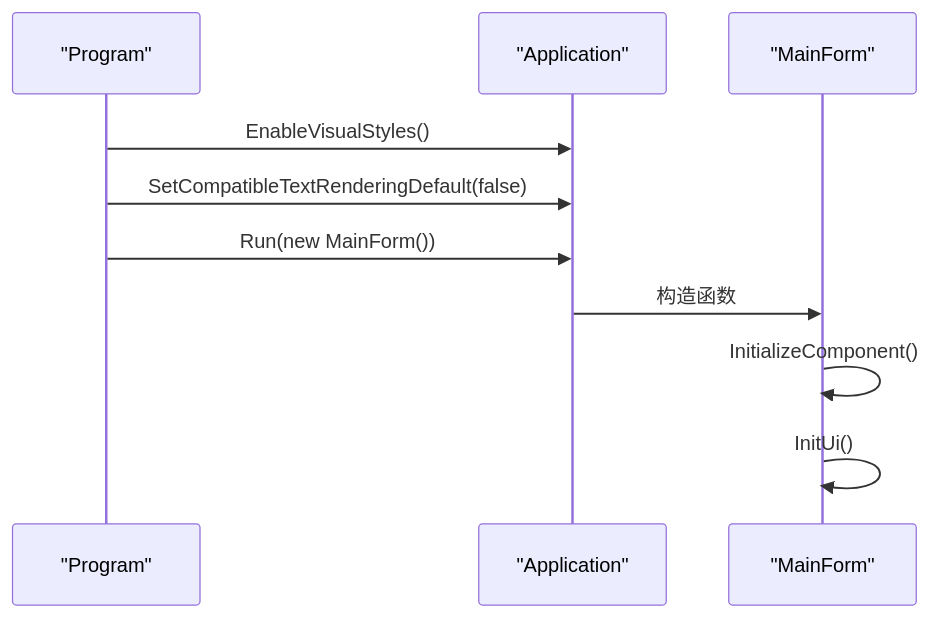
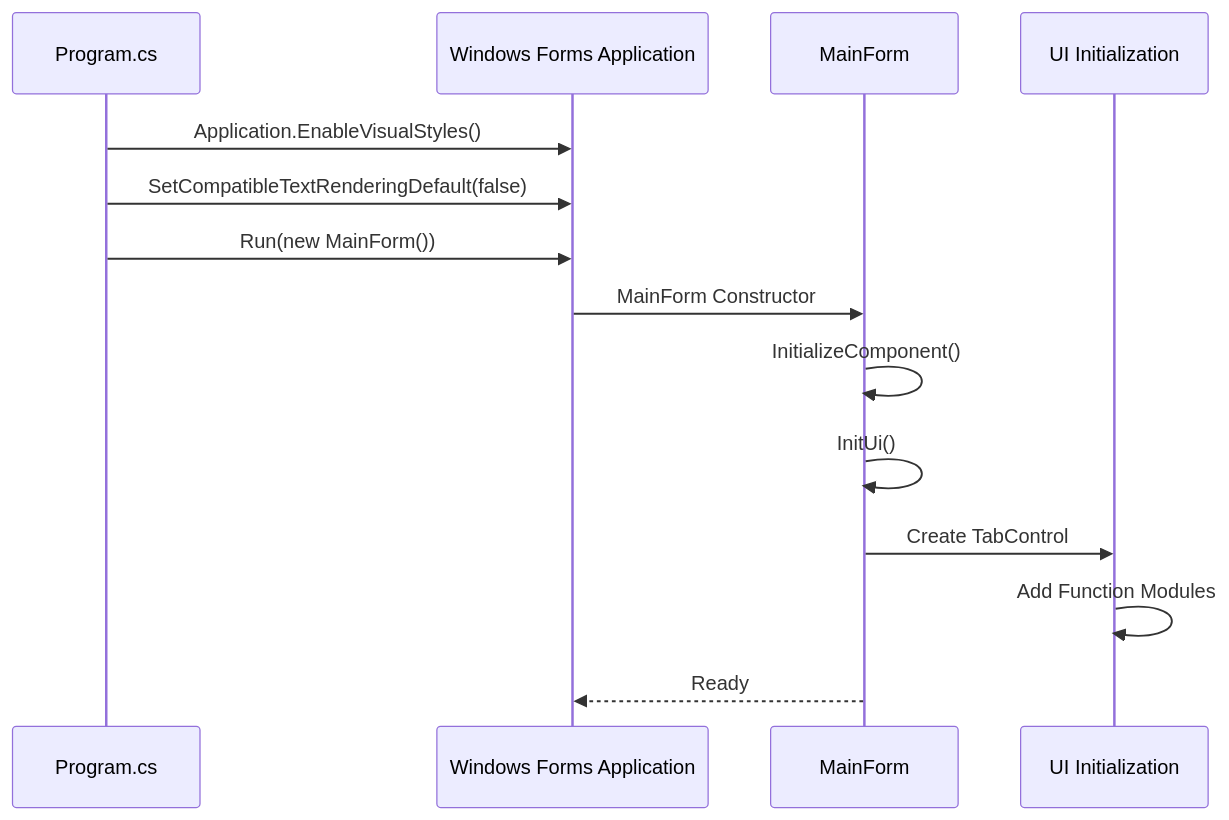
The third of 3 diagrams in .qoder/repowiki/zh/content/项目概述.md (db300/PdfTool), drawn with Mermaid before and after one commit. The commit also changed other lines of this file and 128 other files, not shown here.

````diff
--- a/.qoder/repowiki/zh/content/项目概述.md
+++ b/.qoder/repowiki/zh/content/项目概述.md
@@ -106,12 +173,16 @@
 ```mermaid
 sequenceDiagram
-participant Program as "Program"
-participant Application as "Application"
-participant MainForm as "MainForm"
-Program->>Application : EnableVisualStyles()
+participant Program as Program.cs
+participant Application as Windows Forms Application
+participant MainForm as MainForm
+participant UI as UI Initialization
+Program->>Application : Application.EnableVisualStyles()
 Program->>Application : SetCompatibleTextRenderingDefault(false)
 Program->>Application : Run(new MainForm())
-Application->>MainForm : 构造函数
+Application->>MainForm : MainForm Constructor
 MainForm->>MainForm : InitializeComponent()
 MainForm->>MainForm : InitUi()
+MainForm->>UI : Create TabControl
+UI->>UI : Add Function Modules
+MainForm-->>Application : Ready
 ```
````
